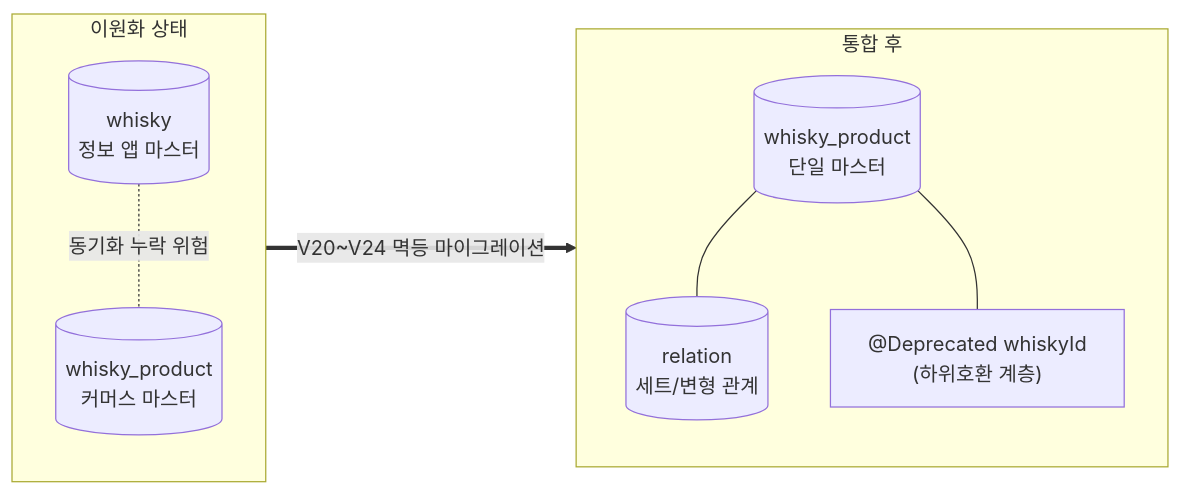
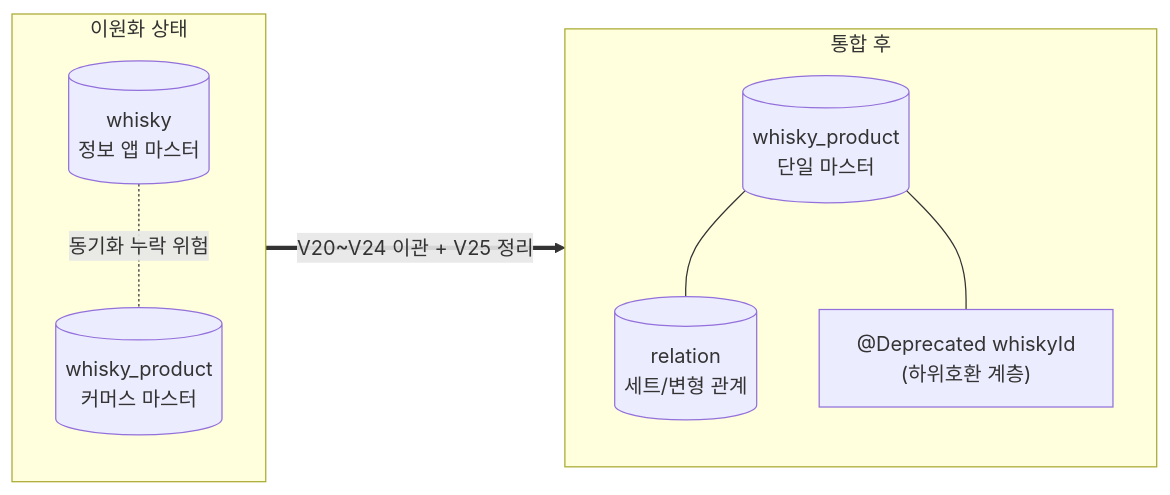
One commit to kimm-charlie/whiskeypark-deep-dive changed the diagram in 04-domain-migration/README.md. Above: the diagram before and after it, drawn with Mermaid. The commit also changed other lines of this file and 92 other files, not shown here.

````diff
--- a/04-domain-migration/README.md
+++ b/04-domain-migration/README.md
@@ -19,11 +21,11 @@
 ```mermaid
 flowchart LR
     subgraph BEFORE[이원화 상태]
         W[(whisky<br/>정보 앱 마스터)] -.동기화 누락 위험.- WP[(whisky_product<br/>커머스 마스터)]
     end
     subgraph AFTER[통합 후]
         WP2[(whisky_product<br/>단일 마스터)] --- REL[(relation<br/>세트/변형 관계)]
         WP2 --- LEGACY["@Deprecated whiskyId<br/>(하위호환 계층)"]
     end
-    BEFORE ==>|"V20~V24 멱등 마이그레이션"| AFTER
+    BEFORE ==>|"V20~V24 이관 + V25 정리"| AFTER
 ```
````
